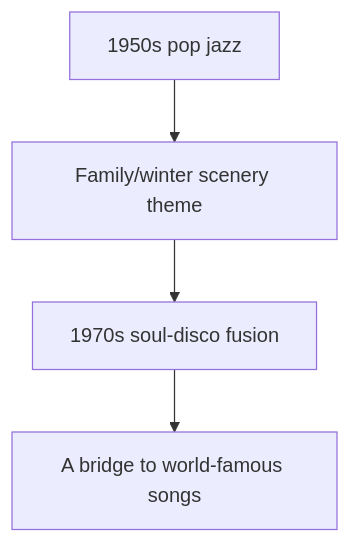
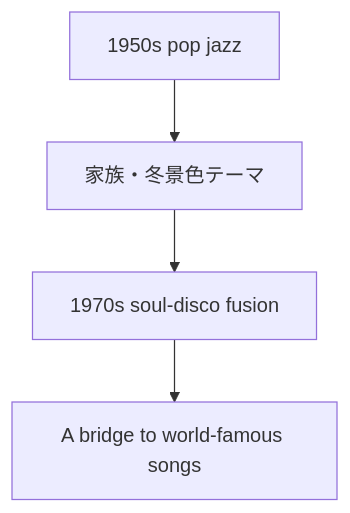
Before and after one commit to monumental-movement/monumental-movement.github.io: the second of 6 diagrams in en/_posts/2025-11-16-column-christmas-songs-history.md, drawn with Mermaid. The commit also changed other lines of this file and 2196 other files, not shown here.

```diff
--- a/en/_posts/2025-11-16-column-christmas-songs-history.md
+++ b/en/_posts/2025-11-16-column-christmas-songs-history.md
@@ -95,8 +95,8 @@
 <div class="mermaid">
 
 graph TD
-A[1950s pop jazz] --> B[Family/winter scenery theme]
+A[1950s pop jazz] --> B[家族・冬景色テーマ]
 B --> C[1970s soul-disco fusion]
 C --> D[A bridge to world-famous songs]
 
 </div>
```
